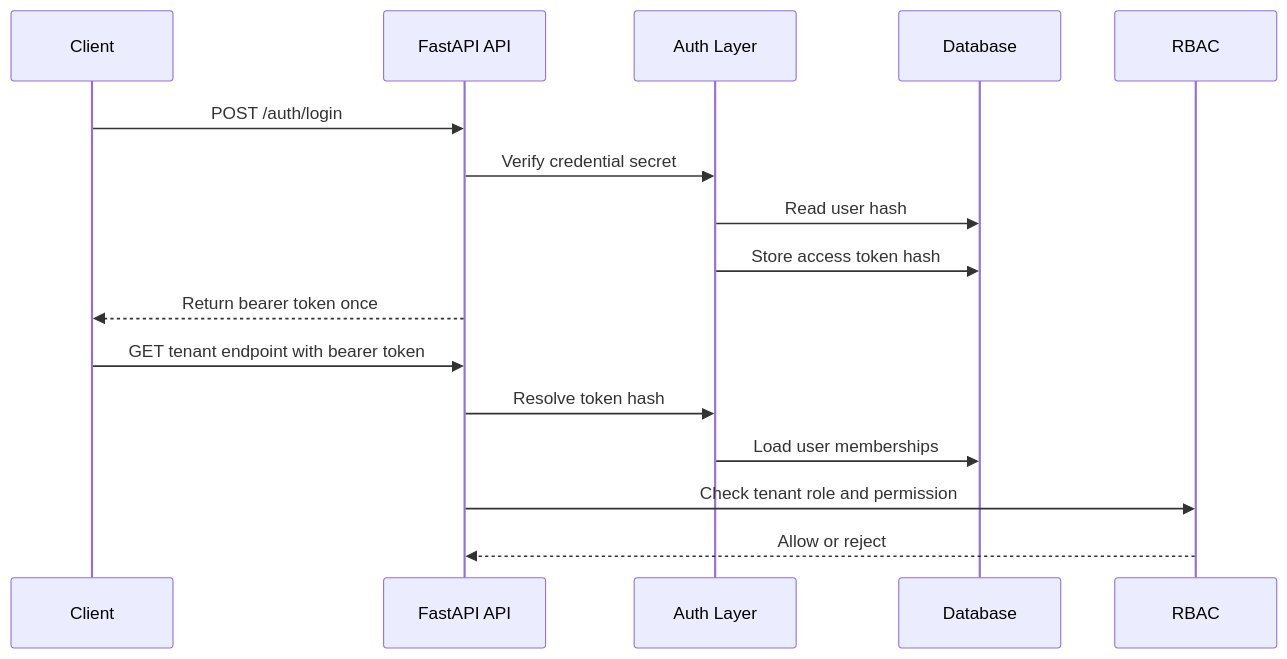
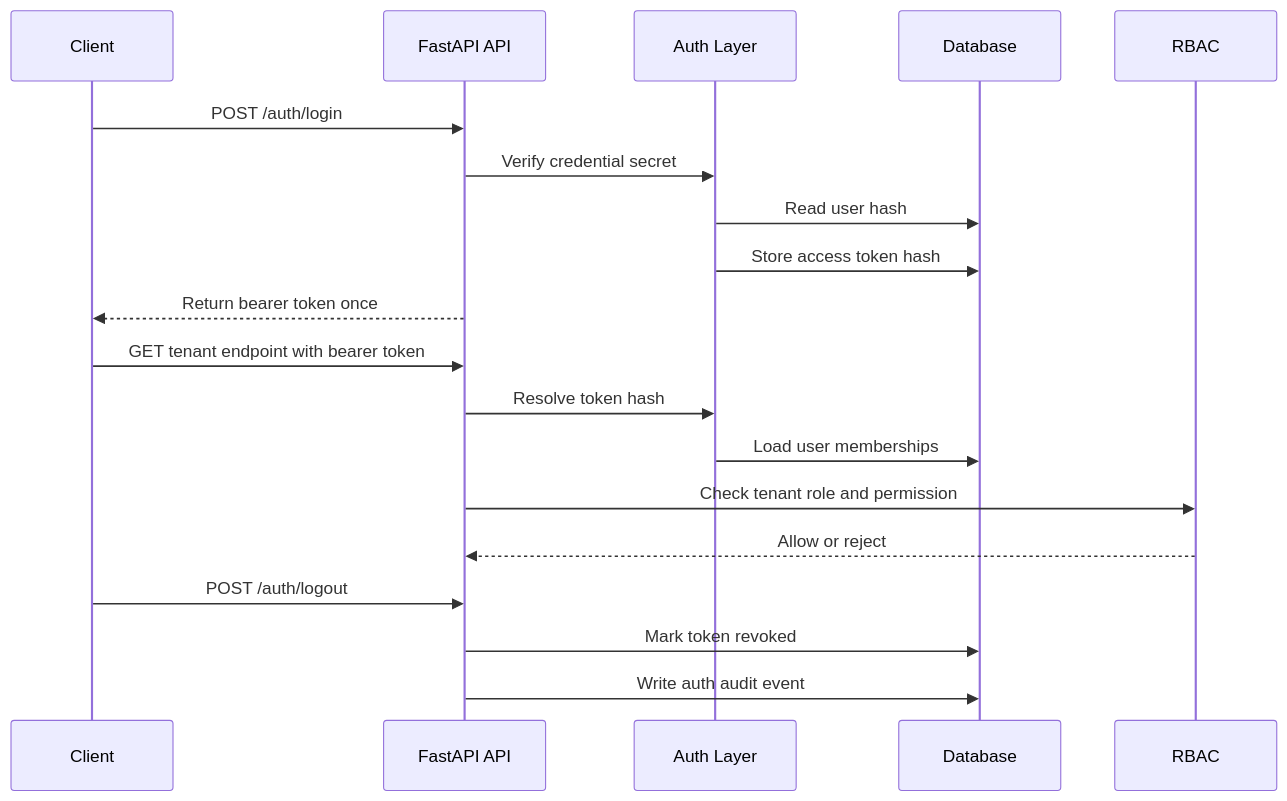
Before and after one commit to AlexGerlitz/drivedesk-core: the diagram in docs/public/AUTH_FOUNDATION.md, drawn with Mermaid. The commit also changed other lines of this file and 20 other files, not shown here.

Commit message:
Add auth lifecycle audit guard

````diff
--- a/docs/public/AUTH_FOUNDATION.md
+++ b/docs/public/AUTH_FOUNDATION.md
@@ -38,19 +51,22 @@
 ```mermaid
 sequenceDiagram
   participant Client as Client
   participant API as FastAPI API
   participant Auth as Auth Layer
   participant DB as Database
   participant RBAC as RBAC
 
   Client->>API: POST /auth/login
   API->>Auth: Verify credential secret
   Auth->>DB: Read user hash
   Auth->>DB: Store access token hash
   API-->>Client: Return bearer token once
   Client->>API: GET tenant endpoint with bearer token
   API->>Auth: Resolve token hash
   Auth->>DB: Load user memberships
   API->>RBAC: Check tenant role and permission
   RBAC-->>API: Allow or reject
+  Client->>API: POST /auth/logout
+  API->>DB: Mark token revoked
+  API->>DB: Write auth audit event
 ```
````
